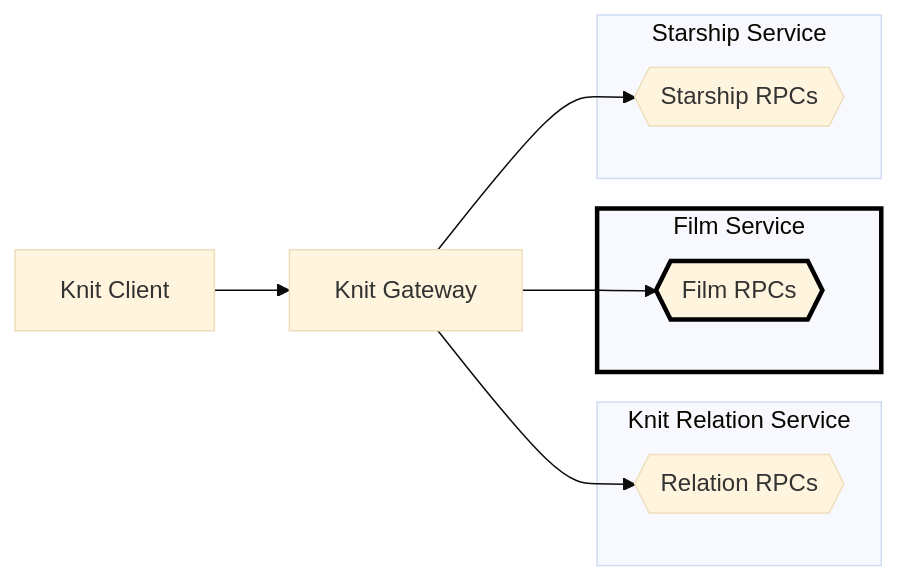
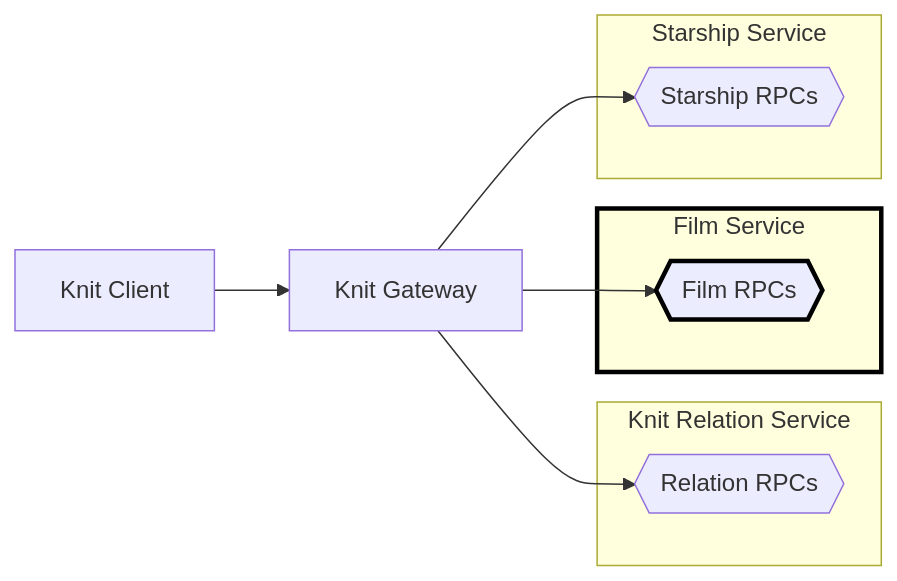
One commit to bufbuild/knit changed the diagram in tutorial/starwars-film-service-go/README.md. Above: the diagram before and after it, drawn with Mermaid. The commit also changed 7 other files, not shown here.

Commit message:
Fix dark mermaids in README (#1)

````diff
--- a/tutorial/starwars-film-service-go/README.md
+++ b/tutorial/starwars-film-service-go/README.md
@@ -13,19 +13,19 @@
 ```mermaid
-%%{ init: { 'theme': 'base', 'flowchart': { 'curve': 'basis' } } }%%
+%%{ init: { 'flowchart': { 'curve': 'basis' } } }%%
 flowchart LR
 A[Knit Client] --> B[Knit Gateway]
 subgraph r [Knit Relation Service]
     R{{Relation RPCs}}
 end
 subgraph f [Film Service]
     F{{Film RPCs}}
 end
 subgraph s [Starship Service]
     S{{Starship RPCs}}
 end
 B --> R
 B --> F
 B --> S
 style f stroke:#000,stroke-width:3px
 style F stroke:#000,stroke-width:3px
 ```
````
